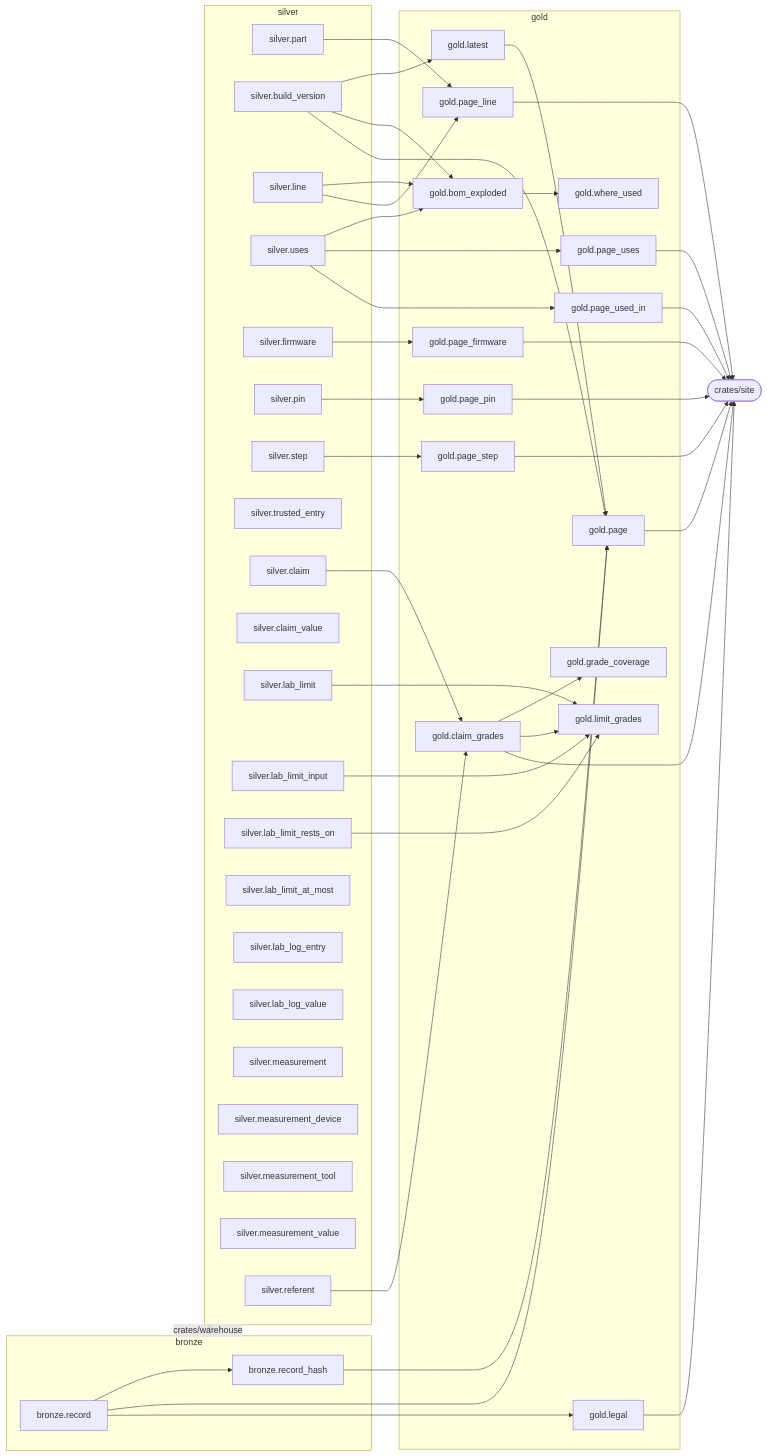
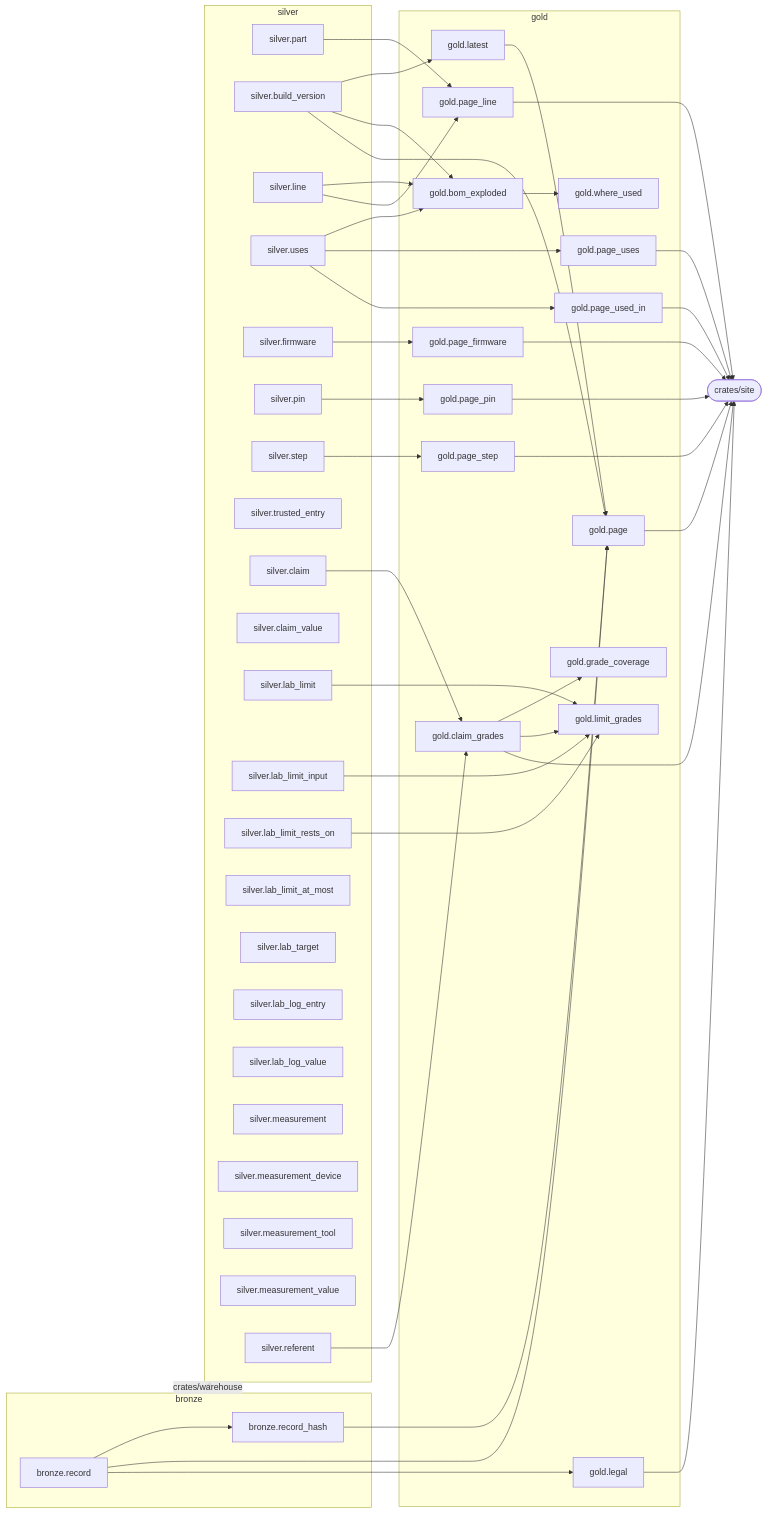
Before and after one commit to via-balaena/tentzhen: the diagram in docs/data-catalogue.md, drawn with Mermaid. The commit also changed other lines of this file and 11 other files, not shown here.

```diff
--- a/docs/data-catalogue.md
+++ b/docs/data-catalogue.md
@@ -31,6 +31,7 @@
     silver_lab_limit_input["silver.lab_limit_input"]
     silver_lab_limit_rests_on["silver.lab_limit_rests_on"]
     silver_lab_limit_at_most["silver.lab_limit_at_most"]
+    silver_lab_target["silver.lab_target"]
     silver_lab_log_entry["silver.lab_log_entry"]
     silver_lab_log_value["silver.lab_log_value"]
     silver_measurement["silver.measurement"]
```
